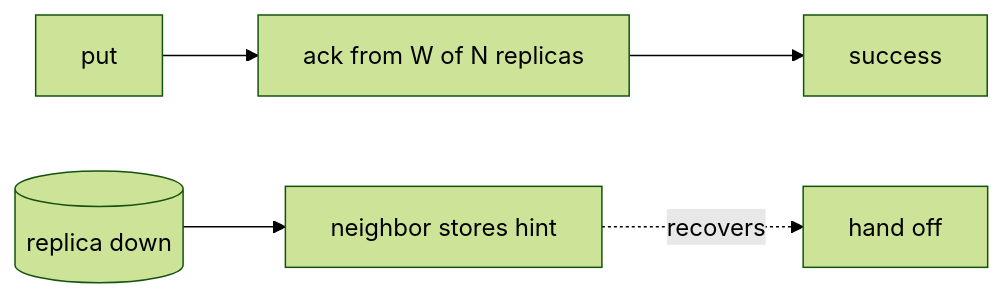
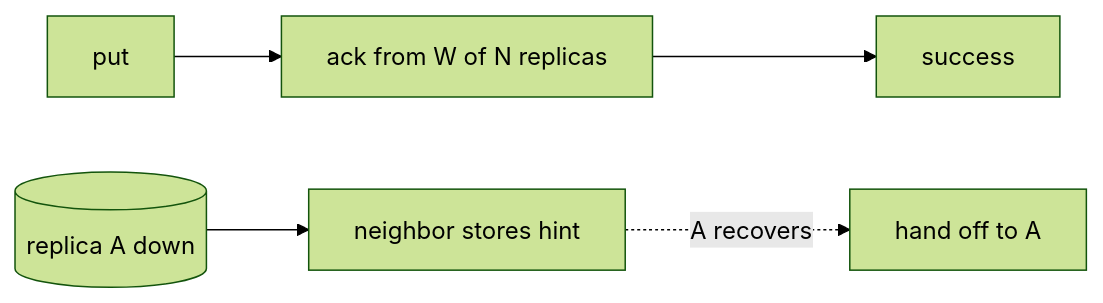
One commit to hiepgithub2001/swedocs changed the second of 2 diagrams in system-design/2-case-studies/key-value-store.md. Above: the diagram before and after it, drawn with Mermaid (forest theme). The commit also changed other lines of this file and 1 other file, not shown here.

````diff
--- a/system-design/2-case-studies/key-value-store.md
+++ b/system-design/2-case-studies/key-value-store.md
@@ -82,5 +108,5 @@
 ```mermaid
 flowchart LR
     W[put] --> Wq[ack from W of N replicas] --> OK[success]
-    Down[(replica down)] --> Hint[neighbor stores hint] -. recovers .-> Replay[hand off]
+    Down[(replica A down)] --> Hint[neighbor stores hint] -. A recovers .-> Replay[hand off to A]
 ```
````
